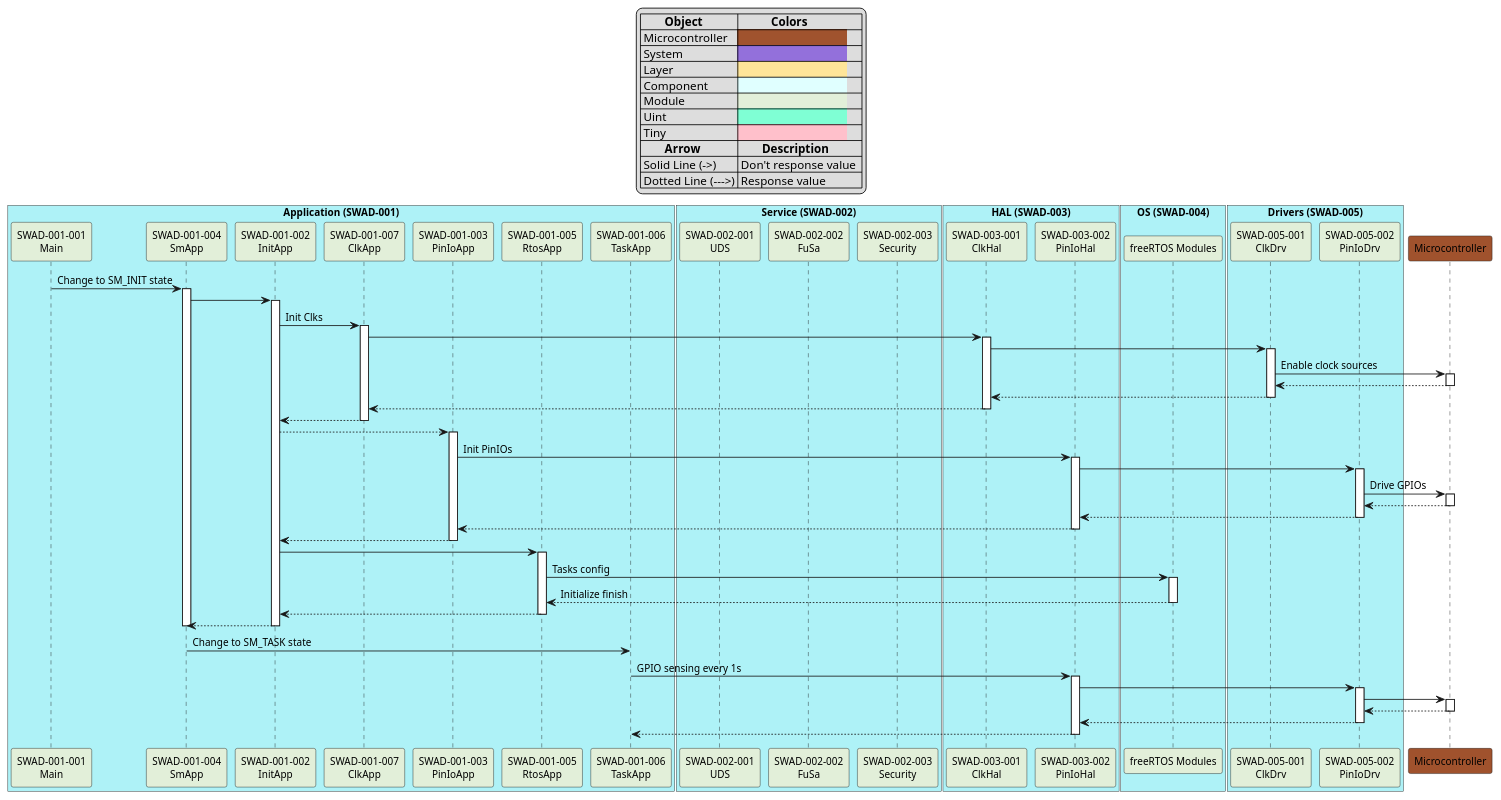
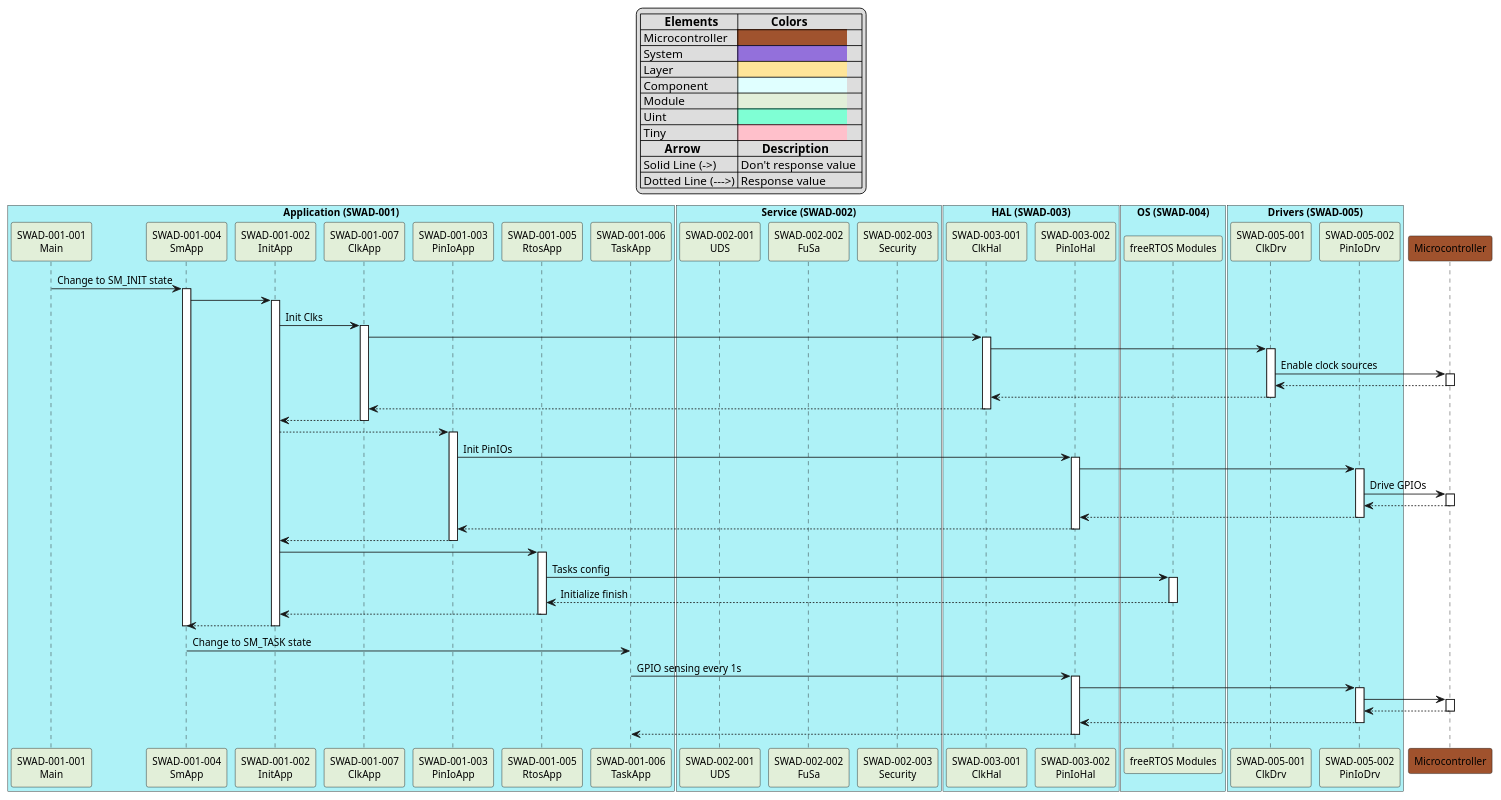
The diagram in Dynamic_Software_Architecture.plantuml (FdsLu/SwSeq), drawn with PlantUML before and after one commit. The commit also changed 2 other files, not shown here.

Commit message:
[Modify] Rename [Modify] 1. Rename Object to Elements.
[Add]
1. Add PNG picture file.

```diff
--- a/Dynamic_Software_Architecture.plantuml
+++ b/Dynamic_Software_Architecture.plantuml
@@ -1,123 +1,123 @@
 @startuml
 '----- Table Description ----
 'Object Colors Setting
 skinparam defaultFontName Arial
 skinparam defaultFontSize 12
 legend top
-|=        Object  |=           Colors  |
+|=        Elements  |=           Colors  |
 | Microcontroller  |<back:#A0522D>                                    |
 | System  |<back:#9370DB>                                    |
 | Layer  |<back:#FEE599>                                    |
 | Component |<back:#E0FFFF>                                    |
 | Module |<back:#E2EFD9>                                    |
 | Uint |<back:#7FFFD4>                                    |
 | Tiny |<back:#FFC0CB>                                    |
 'Arrow Function
 |=        Arrow |=        Description |
 | Solid Line (->) | Don't response value  |
 | Dotted Line (--->) | Response value |
 endlegend
 
 '---- Define "Application" component and colors ----
 box "Application (SWAD-001)" #aef2f7
 participant "SWAD-001-001\nMain" as Main #E2EFD9
 participant "SWAD-001-004\nSmApp" as SmApp #E2EFD9
 participant "SWAD-001-002\nInitApp" as InitApp #E2EFD9
 participant "SWAD-001-007\nClkApp" as ClkApp #E2EFD9
 participant "SWAD-001-003\nPinIoApp" as PinIoApp #E2EFD9
 participant "SWAD-001-005\nRtosApp" as RtosApp #E2EFD9
 participant "SWAD-001-006\nTaskApp" as TaskApp #E2EFD9
 end box
 
 '---- Define "Service" component--------------------
 box "Service (SWAD-002)" #aef2f7
 participant "SWAD-002-001\nUDS" as UDS #E2EFD9
 participant "SWAD-002-002\nFuSa" as FuSa #E2EFD9
 participant "SWAD-002-003\nSecurity" as Security #E2EFD9
 end box
 
 '---- Define "HAL" component -----------------------
 box "HAL (SWAD-003)" #aef2f7
 participant "SWAD-003-001\nClkHal" as ClkHal #E2EFD9
 participant "SWAD-003-002\nPinIoHal" as PinIoHal #E2EFD9
 end box
 
 '---- Define "OS" component ------------------------
 box "OS (SWAD-004)" #aef2f7
 participant "freeRTOS Modules" as RtosModules #E2EFD9
 end box
 
 '---- Define "Drivers" component -------------------
 box "Drivers (SWAD-005)" #aef2f7
 participant "SWAD-005-001\nClkDrv" as ClkDrv #E2EFD9
 participant "SWAD-005-002\nPinIoDrv" as PinIoDrv #E2EFD9
 end box
 
 '---- Define "Hardware" layer ----------------------
 participant Microcontroller #A0522D
 
 '---- Plan modules sequence-------------------------
 Main -> SmApp: Change to SM_INIT state
 activate SmApp
 SmApp -> InitApp
 activate InitApp
 InitApp -> ClkApp: Init Clks
 activate ClkApp
 ClkApp -> ClkHal
 activate ClkHal
 ClkHal -> ClkDrv
 activate  ClkDrv
 ClkDrv -> Microcontroller: Enable clock sources
 activate Microcontroller
 Microcontroller --> ClkDrv
 deactivate Microcontroller
 ClkDrv --> ClkHal
 deactivate ClkDrv 
 ClkHal --> ClkApp
 deactivate ClkHal 
 ClkApp --> InitApp
 deactivate ClkApp 
 InitApp -->PinIoApp 
 activate PinIoApp 
 PinIoApp -> PinIoHal: Init PinIOs
 activate PinIoHal
 PinIoHal -> PinIoDrv
 activate PinIoDrv
 PinIoDrv -> Microcontroller: Drive GPIOs
 activate Microcontroller
 Microcontroller --> PinIoDrv 
 deactivate Microcontroller
 PinIoDrv --> PinIoHal
 deactivate PinIoDrv
 PinIoHal --> PinIoApp
 deactivate PinIoHal
 PinIoApp --> InitApp
 deactivate PinIoApp 
 InitApp -> RtosApp
 activate  RtosApp
 RtosApp -> RtosModules: Tasks config
 activate RtosModules
 RtosModules --> RtosApp: Initialize finish
 deactivate RtosModules
 RtosApp --> InitApp
 deactivate RtosApp
 
 InitApp --> SmApp
 deactivate InitApp
 deactivate SmApp
 SmApp -> TaskApp: Change to SM_TASK state
 
 TaskApp -> PinIoHal: GPIO sensing every 1s
 activate PinIoHal
 PinIoHal -> PinIoDrv
 activate PinIoDrv
 PinIoDrv -> Microcontroller
 activate Microcontroller
 Microcontroller --> PinIoDrv
 deactivate Microcontroller
 PinIoDrv --> PinIoHal
 deactivate PinIoDrv
 PinIoHal --> TaskApp 
 deactivate PinIoHal
 '---------------------------------------------------
 @enduml
```
